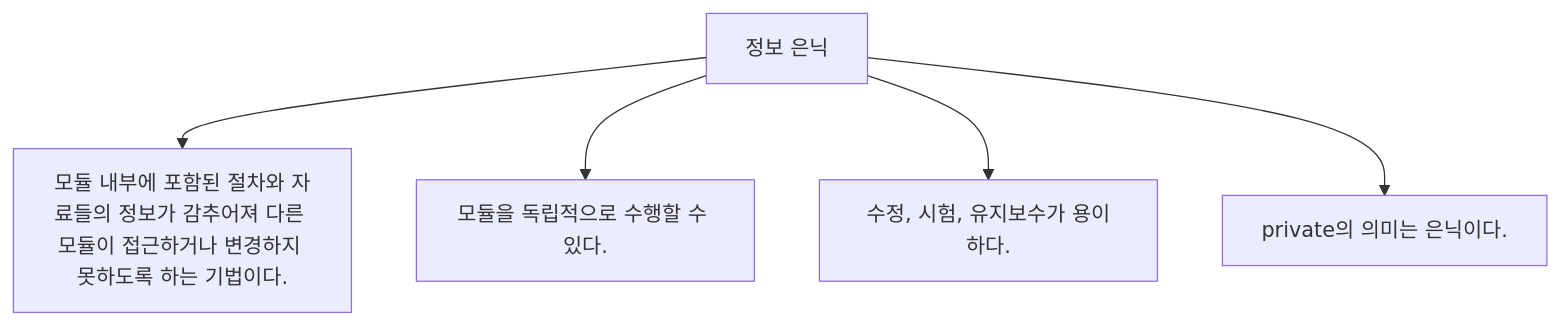
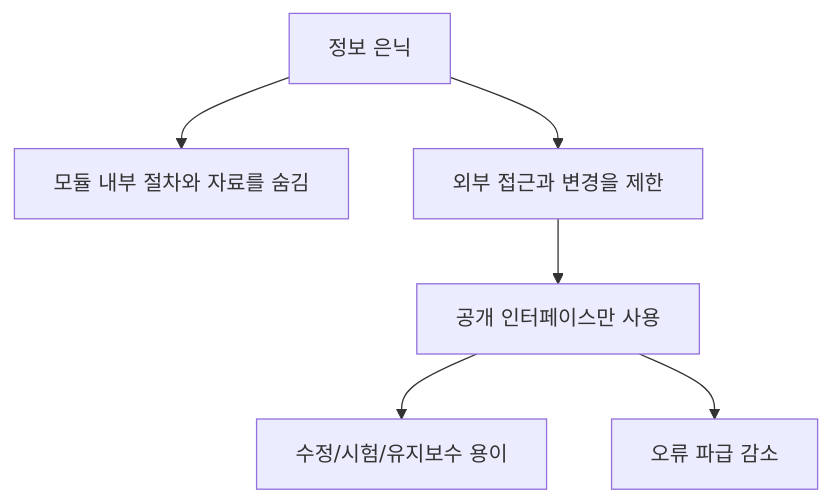
Before and after one commit to nes0903/study: the first of 11 diagrams in 정보처리기사/1과목 소프트웨어 설계/028 정보 은닉/028 정보 은닉.md, drawn with Mermaid. The commit also changed other lines of this file and 318 other files, not shown here.

````diff
--- a/정보처리기사/1과목 소프트웨어 설계/028 정보 은닉/028 정보 은닉.md
+++ b/정보처리기사/1과목 소프트웨어 설계/028 정보 은닉/028 정보 은닉.md
@@ -13,8 +18,9 @@
 ```mermaid
 flowchart TD
     A["정보 은닉"]
-    A --> N1["모듈 내부에 포함된 절차와 자료들의 정보가 감추어져 다른 모듈이 접근하거나 변경하지 못하도록 하는 기법이다."]
-    A --> N2["모듈을 독립적으로 수행할 수 있다."]
-    A --> N3["수정, 시험, 유지보수가 용이하다."]
-    A --> N4["private의 의미는 은닉이다."]
+    A --> B["모듈 내부 절차와 자료를 숨김"]
+    A --> C["외부 접근과 변경을 제한"]
+    C --> D["공개 인터페이스만 사용"]
+    D --> E["수정/시험/유지보수 용이"]
+    D --> F["오류 파급 감소"]
 ```
````
